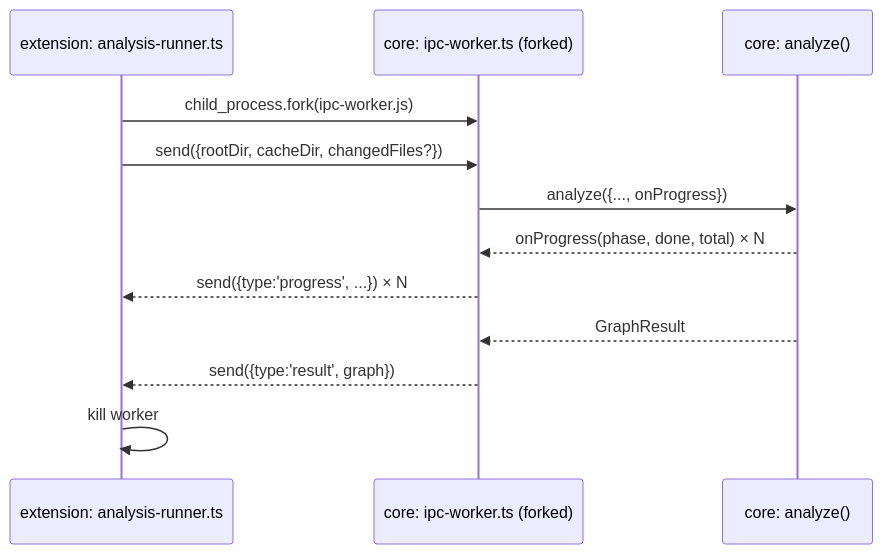
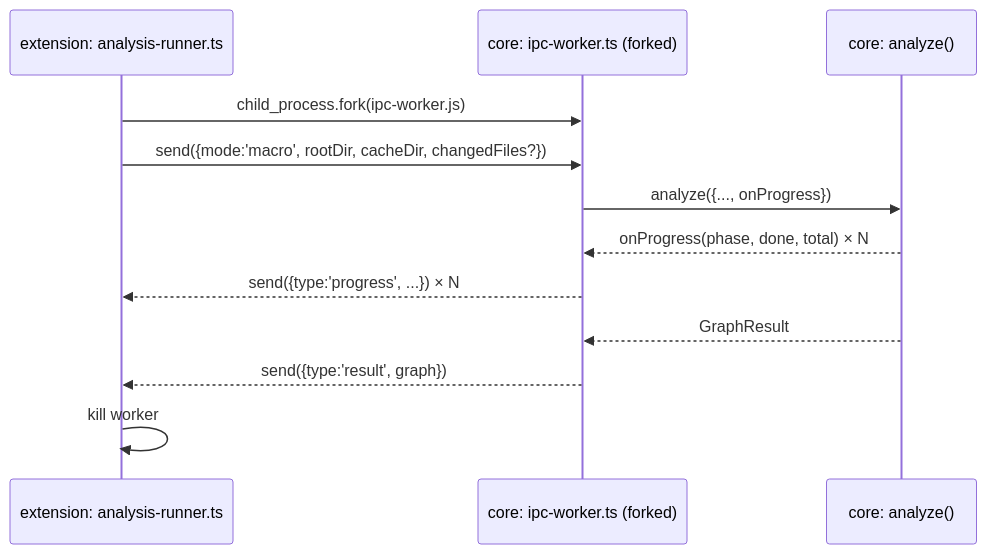
The first of 2 diagrams in docs/architecture/PROCESS-BOUNDARY.md (PoisedDok/BlockNet), drawn with Mermaid before and after one commit. The commit also changed other lines of this file and 4 other files, not shown here.

Commit message:
Update architecture docs: micro view flows, protocol messages, state ownership

````diff
--- a/docs/architecture/PROCESS-BOUNDARY.md
+++ b/docs/architecture/PROCESS-BOUNDARY.md
@@ -25,15 +32,15 @@
 ```mermaid
 sequenceDiagram
     participant Runner as extension: analysis-runner.ts
     participant Worker as core: ipc-worker.ts (forked)
     participant Analyze as core: analyze()
 
     Runner->>Worker: child_process.fork(ipc-worker.js)
-    Runner->>Worker: send({rootDir, cacheDir, changedFiles?})
+    Runner->>Worker: send({mode:'macro', rootDir, cacheDir, changedFiles?})
     Worker->>Analyze: analyze({..., onProgress})
     Analyze-->>Worker: onProgress(phase, done, total) × N
     Worker-->>Runner: send({type:'progress', ...}) × N
     Analyze-->>Worker: GraphResult
     Worker-->>Runner: send({type:'result', graph})
     Runner->>Runner: kill worker
 ```
````
